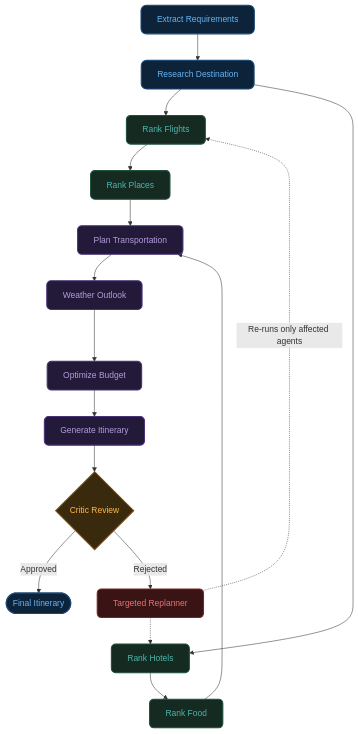
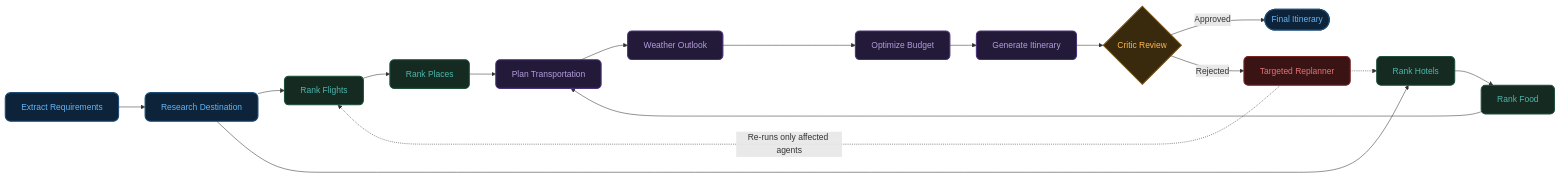
One commit to akarshjain05/trip-planner changed the diagram in README.md. Above: the diagram before and after it, drawn with Mermaid.

Commit message:
docs: orient mermaid graph left-to-right (LR) for better viewport fitting

````diff
--- a/README.md
+++ b/README.md
@@ -29,32 +29,32 @@
 ```mermaid
-graph TD
+graph LR
     classDef default fill:#1a1a2e,stroke:#2b2b40,stroke-width:1px,color:#a5a5b4
     classDef startNode fill:#0d233a,stroke:#1a4b77,stroke-width:2px,color:#64b5f6,rx:10,ry:10
     classDef parallelNode fill:#152b22,stroke:#1e503a,stroke-width:2px,color:#4db6ac,rx:8,ry:8
     classDef assembleNode fill:#231a3a,stroke:#4a327a,stroke-width:2px,color:#b39ddb,rx:8,ry:8
     classDef criticNode fill:#3a2a0d,stroke:#77521a,stroke-width:2px,color:#ffb74d,rx:15,ry:15
     classDef errorNode fill:#3a1414,stroke:#7a2424,stroke-width:2px,color:#e57373,rx:8,ry:8
     
     req[Extract Requirements]:::startNode --> dest[Research Destination]:::startNode
     
     dest --> flights[Rank Flights]:::parallelNode
     dest --> hotels[Rank Hotels]:::parallelNode
     
     flights --> places[Rank Places]:::parallelNode
     hotels --> food[Rank Food]:::parallelNode
     
     places --> trans[Plan Transportation]:::assembleNode
     food --> trans
     
     trans --> weather[Weather Outlook]:::assembleNode
     weather --> budget[Optimize Budget]:::assembleNode
     budget --> itin[Generate Itinerary]:::assembleNode
     
     itin --> critic{Critic Review}:::criticNode
     
     critic -->|Approved| done([Final Itinerary]):::startNode
     critic -->|Rejected| replan[Targeted Replanner]:::errorNode
     
     replan -.->|Re-runs only affected agents| flights
     replan -.-> hotels
 ```
````
